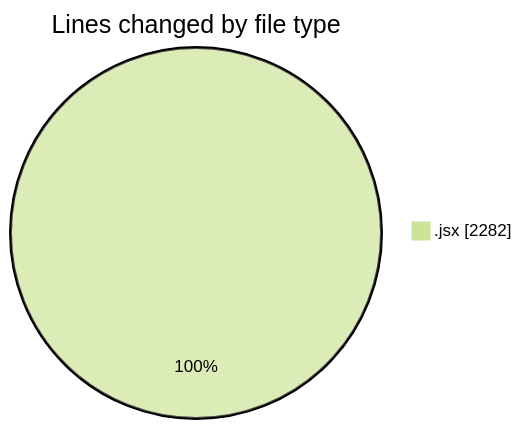
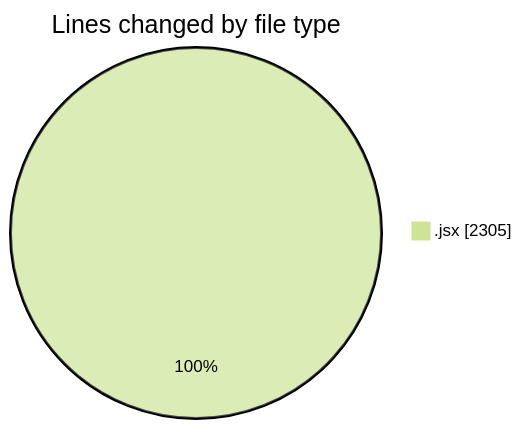
Before and after one commit to nxtqubesakshisongat/code-tracking: the first of 2 diagrams in 2025-10-14/nxtqube_webapp/README.md, drawn with Mermaid (forest theme). The commit also changed other lines of this file and 1 other file, not shown here.

````diff
--- a/2025-10-14/nxtqube_webapp/README.md
+++ b/2025-10-14/nxtqube_webapp/README.md
@@ -21,5 +21,5 @@
 ```mermaid
 pie showData
 title Lines changed by file type
-".jsx" : 2282
+".jsx" : 2305
 ```
````
